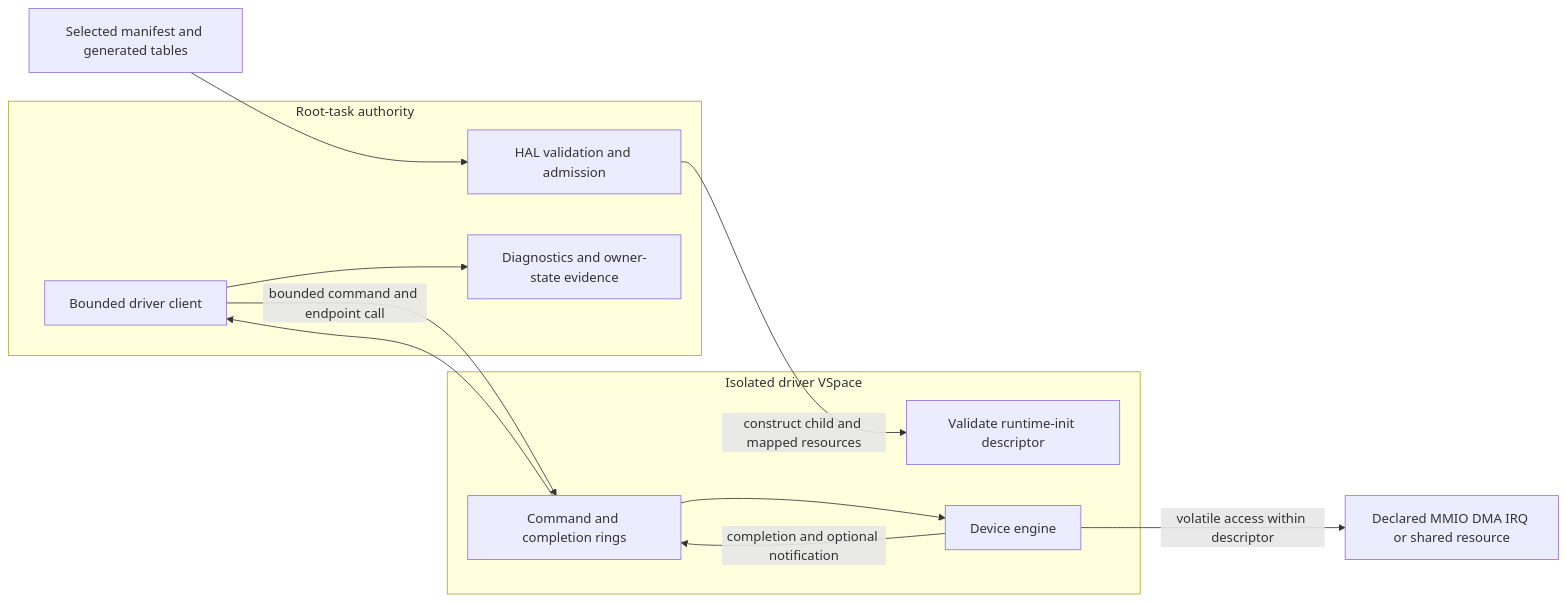
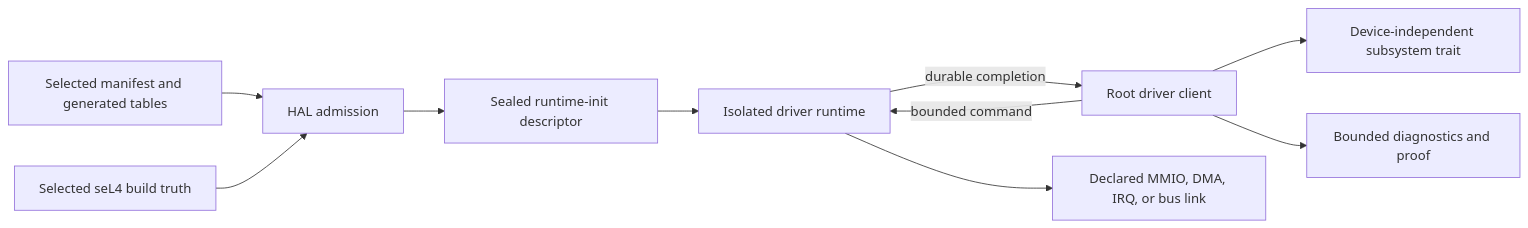
The diagram in docs/DRIVERS.md (lukeb-aidev/cohesix), drawn with Mermaid before and after one commit. The commit also changed other lines of this file, not shown here.

Commit message:
docs: rewrite driver development guide

````diff
--- a/docs/DRIVERS.md
+++ b/docs/DRIVERS.md
@@ -63,27 +64,12 @@
 ```mermaid
 flowchart LR
-  Manifest[Selected manifest and generated tables]
-
-  subgraph RootTask[Root-task authority]
-    Hal[HAL validation and admission]
-    Client[Bounded driver client]
-    Evidence[Diagnostics and owner-state evidence]
-  end
-
-  subgraph DriverSpace[Isolated driver VSpace]
-    Init[Validate runtime-init descriptor]
-    Engine[Device engine]
-    Rings[Command and completion rings]
-  end
-
-  Device[Declared MMIO DMA IRQ or shared resource]
-
-  Manifest --> Hal
-  Hal -->|construct child and mapped resources| Init
-  Client -->|bounded command and endpoint call| Rings
-  Rings --> Engine
-  Engine -->|completion and optional notification| Rings
-  Rings --> Client
-  Engine -->|volatile access within descriptor| Device
-  Client --> Evidence
+  Manifest["Selected manifest and generated tables"] --> HAL["HAL admission"]
+  Kernel["Selected seL4 build truth"] --> HAL
+  HAL --> Init["Sealed runtime-init descriptor"]
+  Init --> Runtime["Isolated driver runtime"]
+  Client["Root driver client"] -->|"bounded command"| Runtime
+  Runtime -->|"durable completion"| Client
+  Runtime --> Device["Declared MMIO, DMA, IRQ, or bus link"]
+  Client --> Trait["Device-independent subsystem trait"]
+  Client --> Evidence["Bounded diagnostics and proof"]
 ```
````
